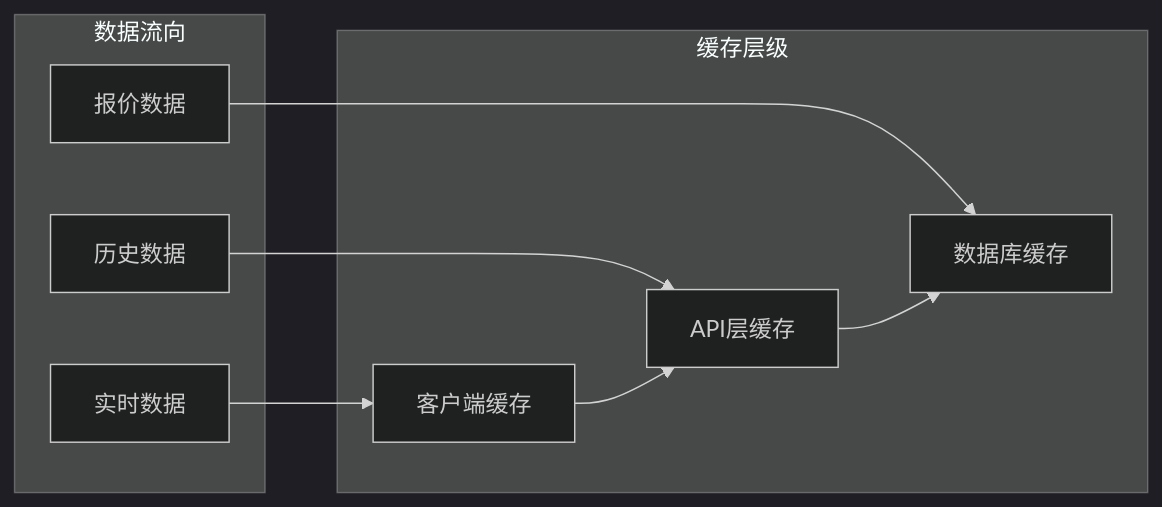
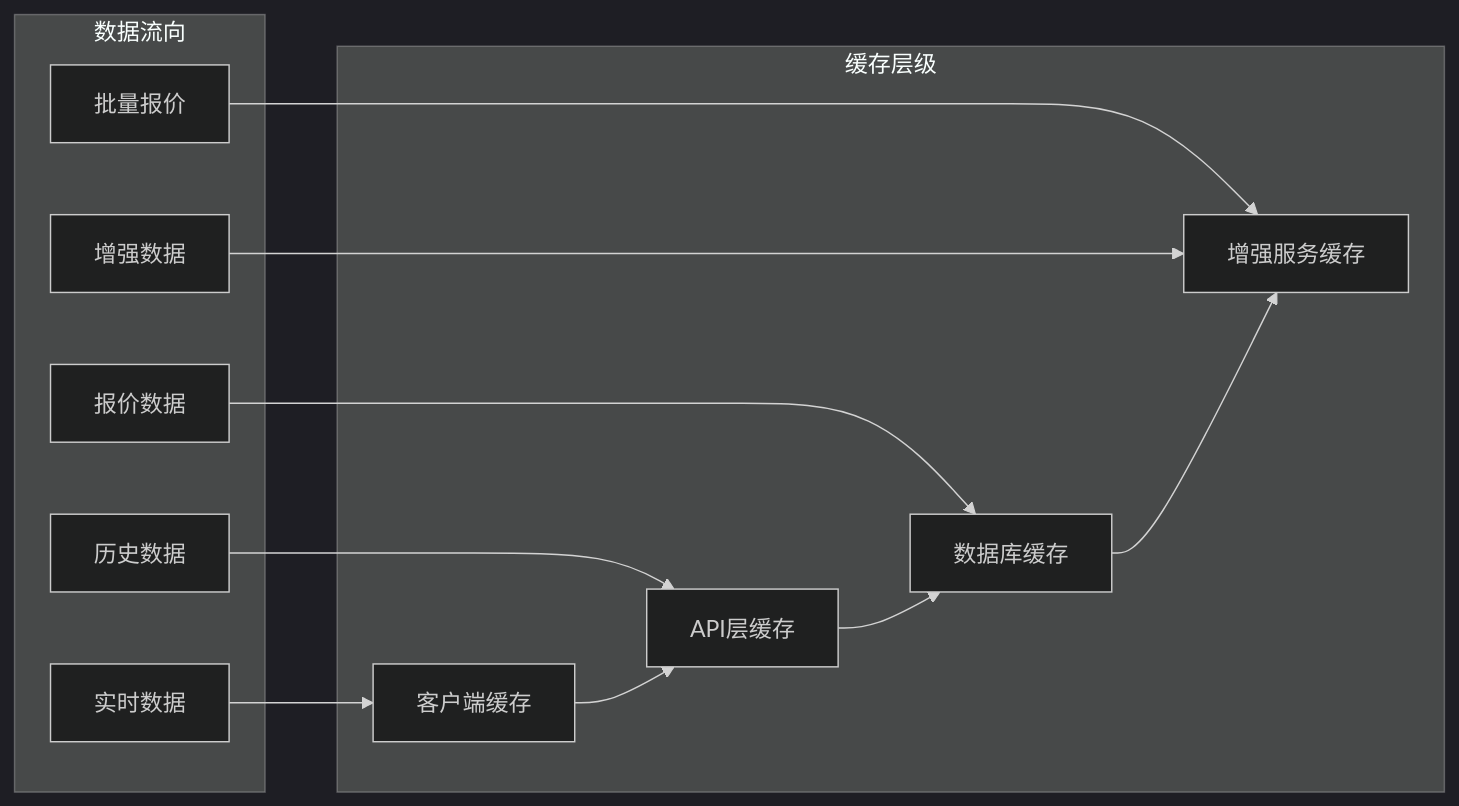
One commit to guyuefangyuanl/Over-the-counter-options changed diagram 12 of 13 in .qoder/repowiki/zh/content/后端系统/API路由系统.md. Above: the diagram before and after it, drawn with Mermaid (dark theme). The commit also changed other lines of this file and 29 other files, not shown here.

````diff
--- a/.qoder/repowiki/zh/content/后端系统/API路由系统.md
+++ b/.qoder/repowiki/zh/content/后端系统/API路由系统.md
@@ -443,18 +638,24 @@
 ```mermaid
 graph LR
 subgraph "缓存层级"
 CLIENT_CACHE[客户端缓存]
 API_CACHE[API层缓存]
 DB_CACHE[数据库缓存]
+ENHANCED_CACHE[增强服务缓存]
 end
 subgraph "数据流向"
 REALTIME[实时数据]
 HISTORY[历史数据]
 QUOTES[报价数据]
+BATCH_QUOTES[批量报价]
+ENHANCED_DATA[增强数据]
 end
 REALTIME --> CLIENT_CACHE
 HISTORY --> API_CACHE
 QUOTES --> DB_CACHE
+BATCH_QUOTES --> ENHANCED_CACHE
+ENHANCED_DATA --> ENHANCED_CACHE
 CLIENT_CACHE --> API_CACHE
 API_CACHE --> DB_CACHE
+DB_CACHE --> ENHANCED_CACHE
 ```
````
